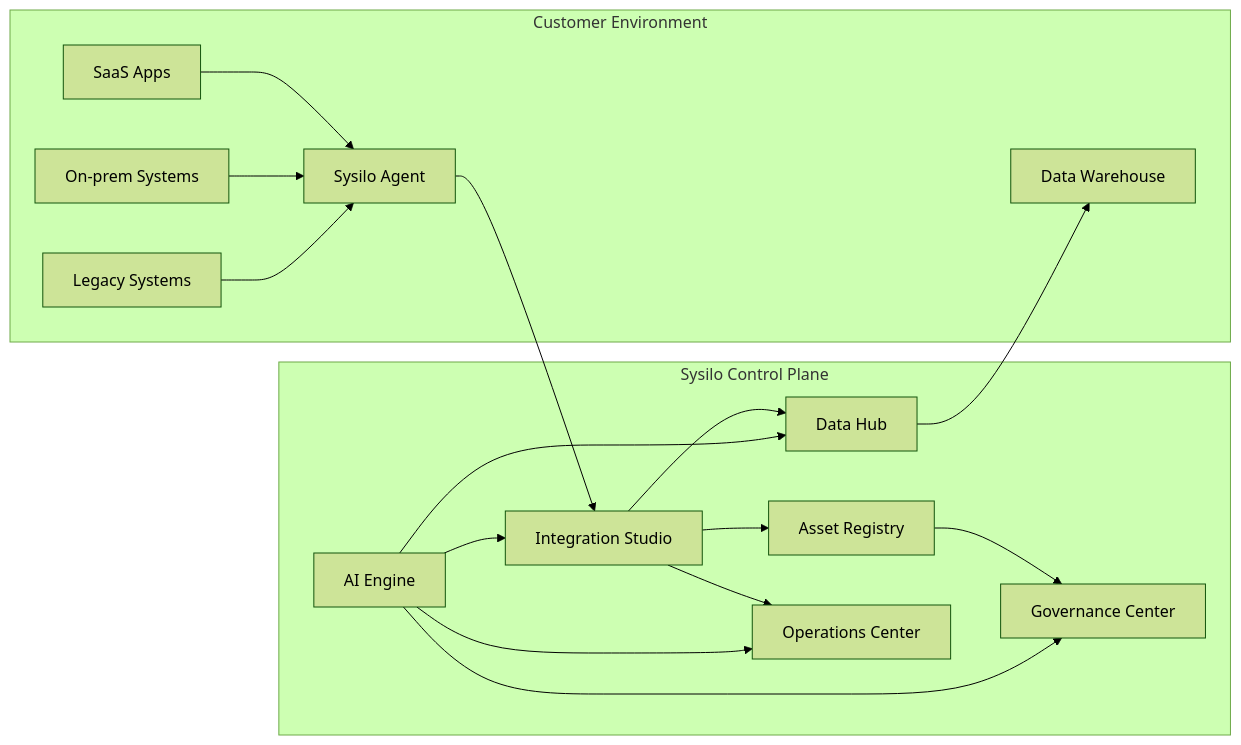
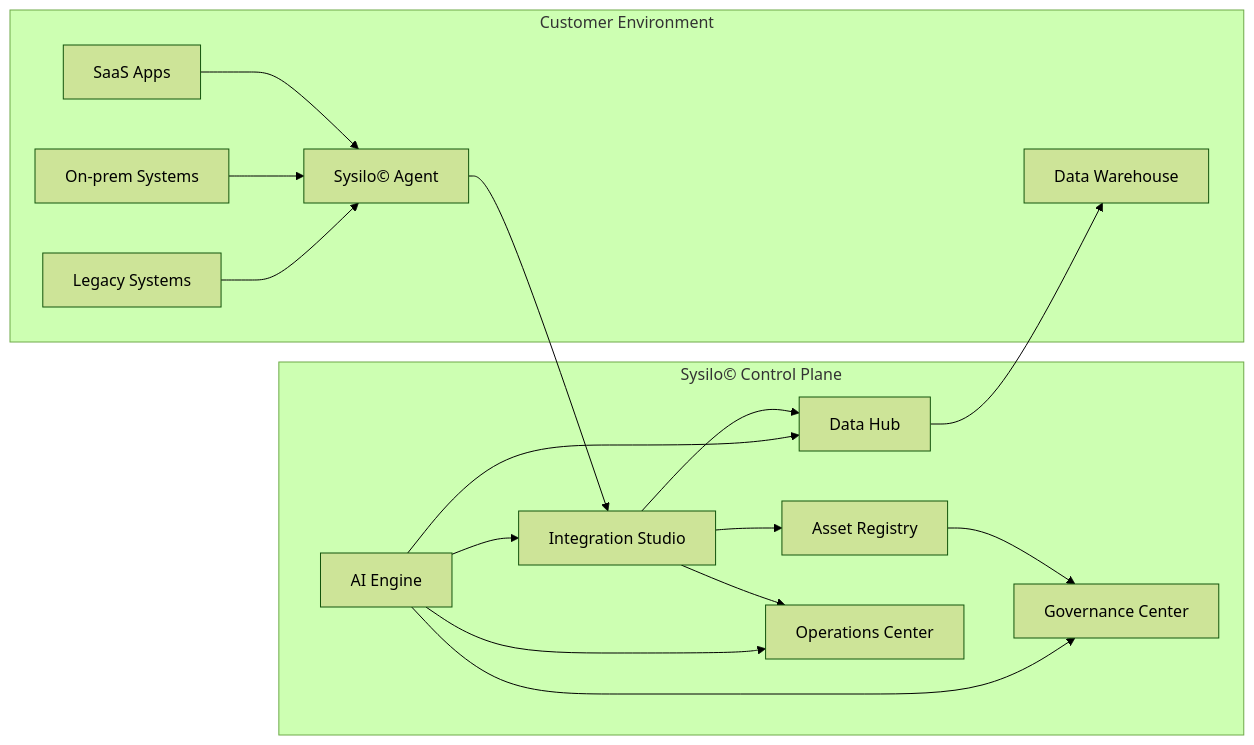
The diagram in docs/architecture/system-context.md (JonathanDumitru/Sysilo), drawn with Mermaid (forest theme) before and after one commit. The commit also changed other lines of this file and 9 other files, not shown here.

````diff
--- a/docs/architecture/system-context.md
+++ b/docs/architecture/system-context.md
@@ -9,33 +9,33 @@
 ```mermaid
 flowchart LR
   subgraph Customer[Customer Environment]
     SaaS[SaaS Apps]
     OnPrem[On-prem Systems]
     Legacy[Legacy Systems]
     Data[Data Warehouse]
-    Agent[Sysilo Agent]
+    Agent[Sysilo© Agent]
   end
 
-  subgraph Sysilo[Sysilo Control Plane]
+  subgraph Sysilo[Sysilo© Control Plane]
     Studio[Integration Studio]
     Hub[Data Hub]
     Registry[Asset Registry]
     Ops[Operations Center]
     Gov[Governance Center]
     AI[AI Engine]
   end
 
   SaaS --> Agent
   OnPrem --> Agent
   Legacy --> Agent
   Agent --> Studio
   Studio --> Hub
   Hub --> Data
   Studio --> Registry
   Registry --> Gov
   Studio --> Ops
   AI --> Studio
   AI --> Hub
   AI --> Ops
   AI --> Gov
 ```
````
